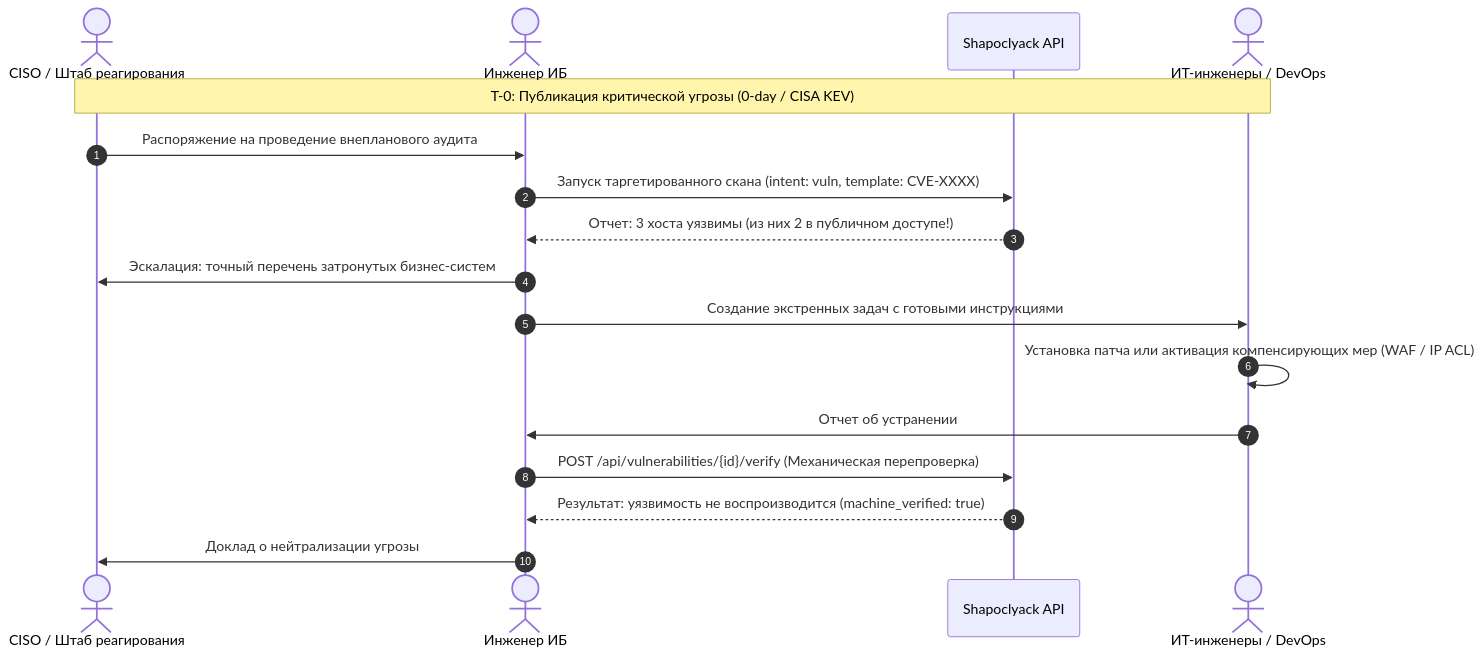
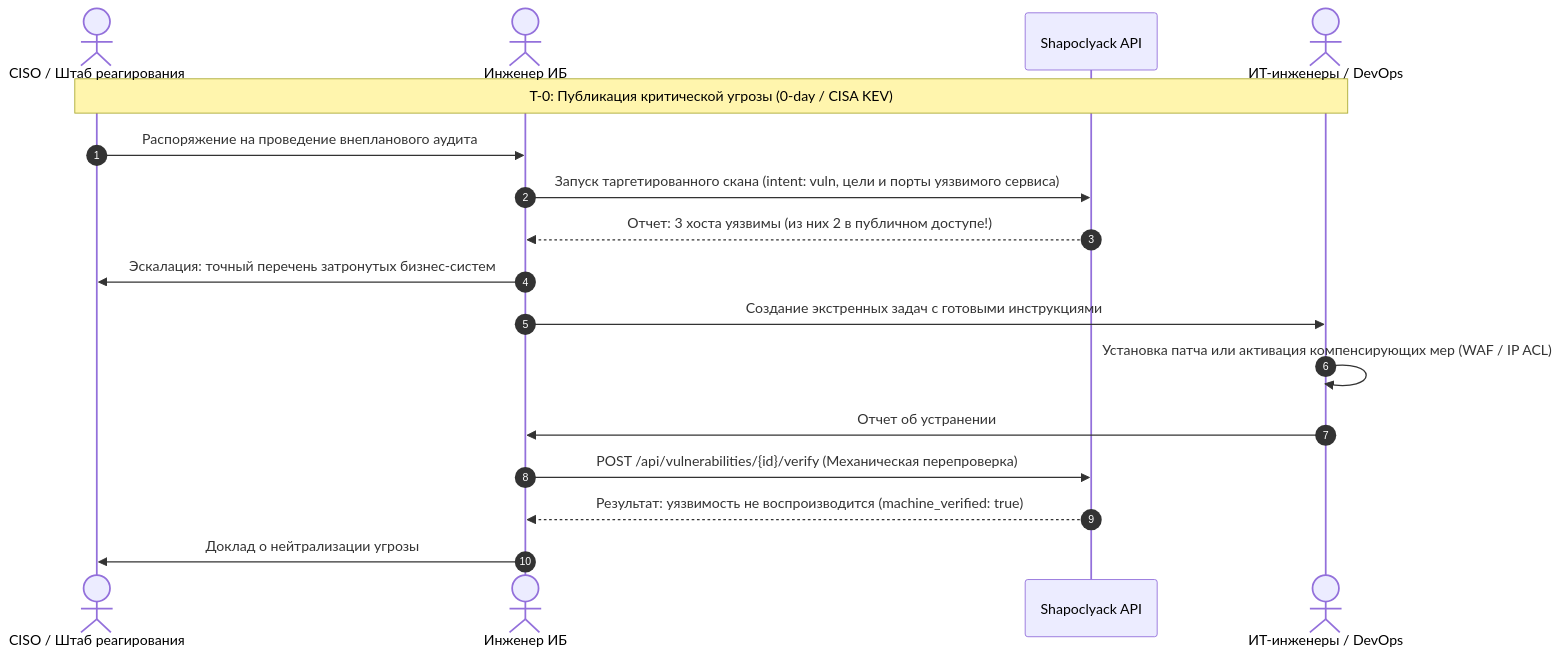
Before and after one commit to onixus/Shapoclyack: the third of 3 diagrams in docs/wiki/security-processes.md, drawn with Mermaid. The commit also changed other lines of this file and 31 other files, not shown here.

````diff
--- a/docs/wiki/security-processes.md
+++ b/docs/wiki/security-processes.md
@@ -87,20 +89,20 @@
 ```mermaid
 sequenceDiagram
     autonumber
     actor CISO as CISO / Штаб реагирования
     actor Eng as Инженер ИБ
     participant Shap as Shapoclyack API
     actor IT as ИТ-инженеры / DevOps
     
     Note over CISO,IT: T-0: Публикация критической угрозы (0-day / CISA KEV)
     CISO->>Eng: Распоряжение на проведение внепланового аудита
-    Eng->>Shap: Запуск таргетированного скана (intent: vuln, template: CVE-XXXX)
+    Eng->>Shap: Запуск таргетированного скана (intent: vuln, цели и порты уязвимого сервиса)
     Shap-->>Eng: Отчет: 3 хоста уязвимы (из них 2 в публичном доступе!)
     Eng->>CISO: Эскалация: точный перечень затронутых бизнес-систем
     Eng->>IT: Создание экстренных задач с готовыми инструкциями
     IT->>IT: Установка патча или активация компенсирующих мер (WAF / IP ACL)
     IT->>Eng: Отчет об устранении
     Eng->>Shap: POST /api/vulnerabilities/{id}/verify (Механическая перепроверка)
     Shap-->>Eng: Результат: уязвимость не воспроизводится (machine_verified: true)
     Eng->>CISO: Доклад о нейтрализации угрозы
 ```
````
